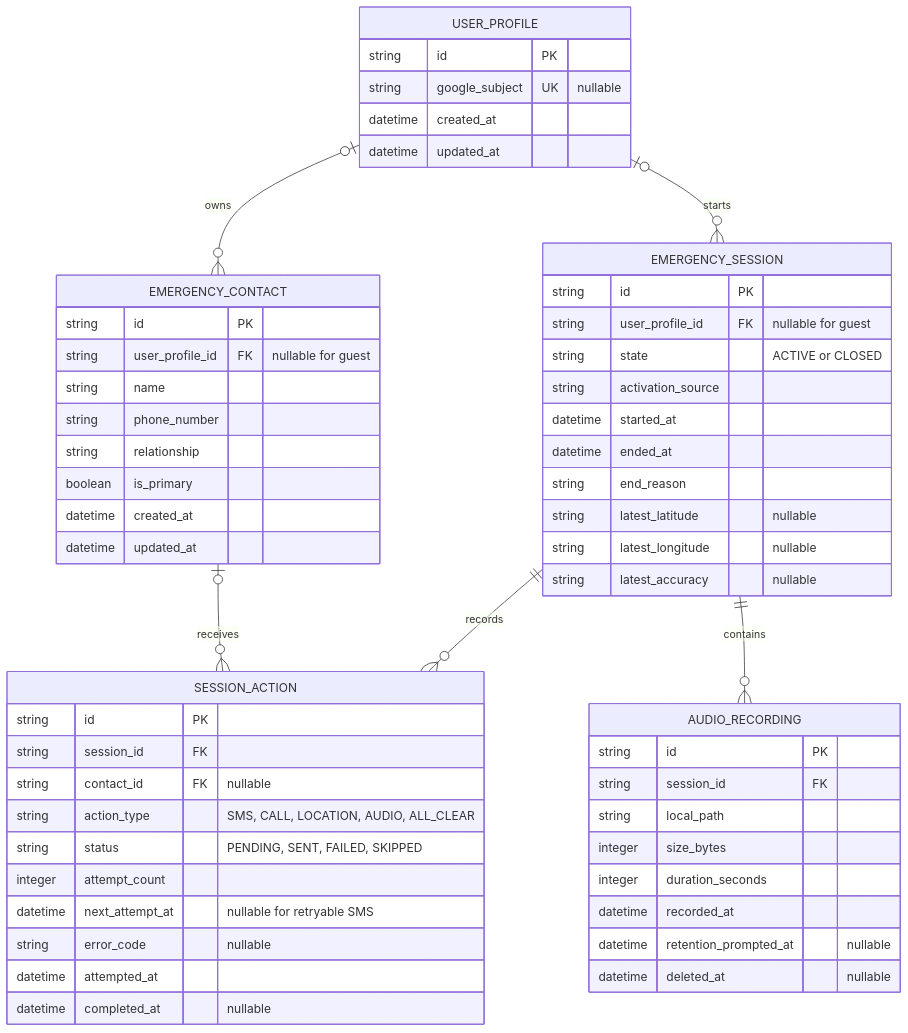
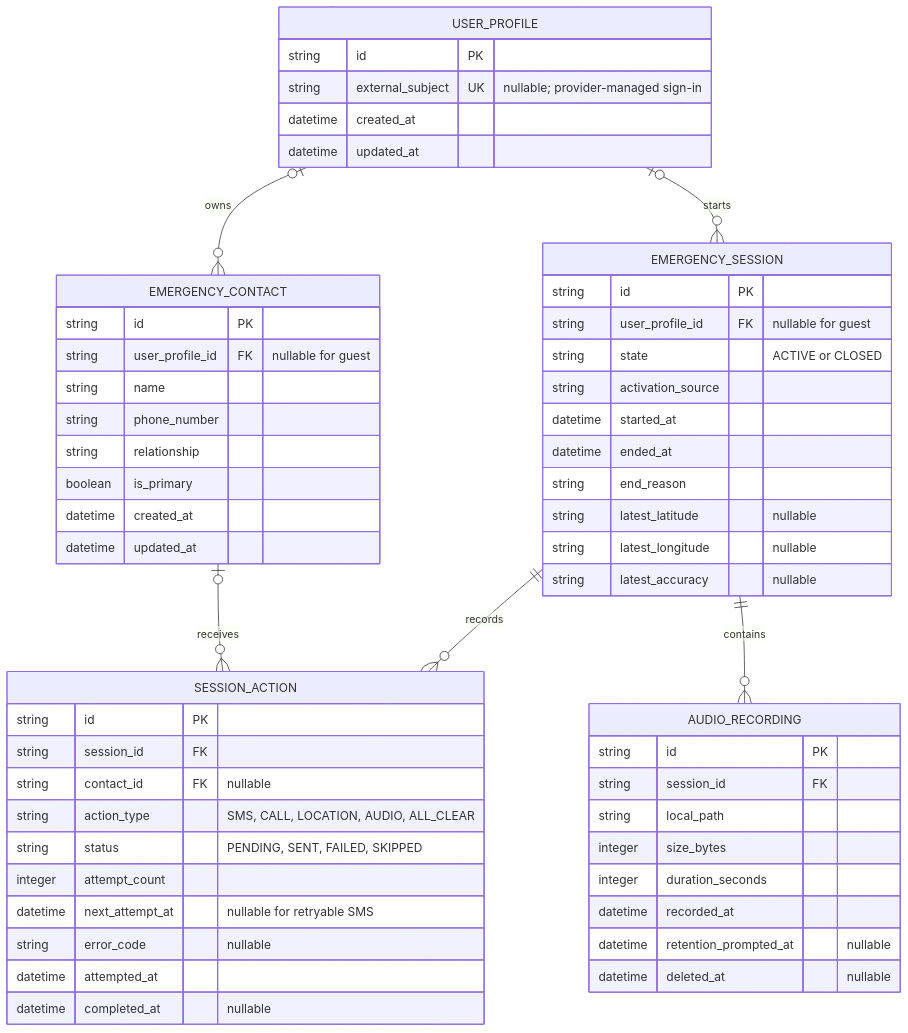
The second of 2 diagrams in docs/architecture.md (onerandomd3v/limbuzz), drawn with Mermaid before and after one commit. The commit also changed other lines of this file and 5 other files, not shown here.

First line of the commit message:
Adopt approved React Native and Expo architecture (#5)

````diff
--- a/docs/architecture.md
+++ b/docs/architecture.md
@@ -118,63 +144,63 @@
 ```mermaid
 erDiagram
     USER_PROFILE {
         string id PK
-        string google_subject UK "nullable"
+        string external_subject UK "nullable; provider-managed sign-in"
         datetime created_at
         datetime updated_at
     }
 
     EMERGENCY_CONTACT {
         string id PK
         string user_profile_id FK "nullable for guest"
         string name
         string phone_number
         string relationship
         boolean is_primary
         datetime created_at
         datetime updated_at
     }
 
     EMERGENCY_SESSION {
         string id PK
         string user_profile_id FK "nullable for guest"
         string state "ACTIVE or CLOSED"
         string activation_source
         datetime started_at
         datetime ended_at
         string end_reason
         string latest_latitude "nullable"
         string latest_longitude "nullable"
         string latest_accuracy "nullable"
     }
 
     SESSION_ACTION {
         string id PK
         string session_id FK
         string contact_id FK "nullable"
         string action_type "SMS, CALL, LOCATION, AUDIO, ALL_CLEAR"
         string status "PENDING, SENT, FAILED, SKIPPED"
         integer attempt_count
         datetime next_attempt_at "nullable for retryable SMS"
         string error_code "nullable"
         datetime attempted_at
         datetime completed_at "nullable"
     }
 
     AUDIO_RECORDING {
         string id PK
         string session_id FK
         string local_path
         integer size_bytes
         integer duration_seconds
         datetime recorded_at
         datetime retention_prompted_at "nullable"
         datetime deleted_at "nullable"
     }
 
     USER_PROFILE o|--o{ EMERGENCY_CONTACT : owns
     USER_PROFILE o|--o{ EMERGENCY_SESSION : starts
     EMERGENCY_SESSION ||--o{ SESSION_ACTION : records
     EMERGENCY_CONTACT o|--o{ SESSION_ACTION : receives
     EMERGENCY_SESSION ||--o{ AUDIO_RECORDING : contains
 ```
````
